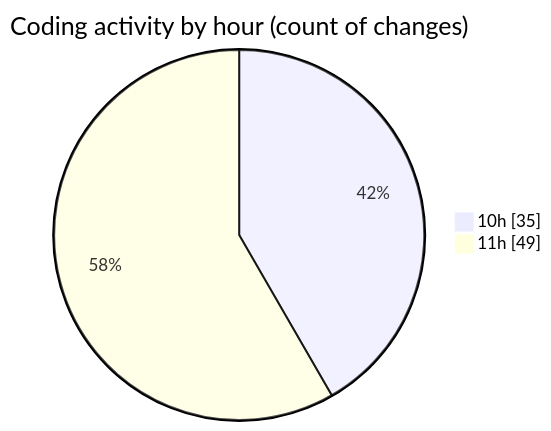
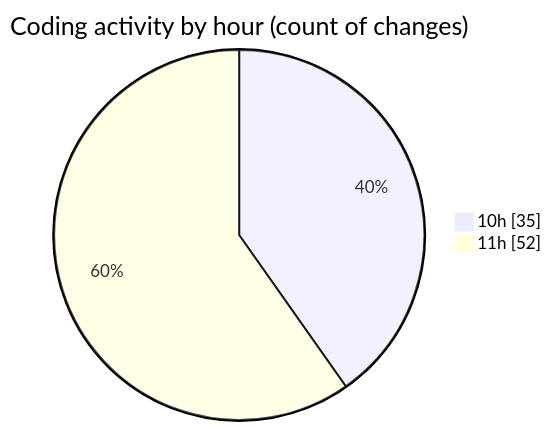
Before and after one commit to momahboobian/code-tracking: the second of 2 diagrams in 2025-03-28/cda/README.md, drawn with Mermaid. The commit also changed other lines of this file and 1 other file, not shown here.

````diff
--- a/2025-03-28/cda/README.md
+++ b/2025-03-28/cda/README.md
@@ -32,6 +32,6 @@
 ```mermaid
 pie showData
 title Coding activity by hour (count of changes)
 "10h" : 35
-"11h" : 49
+"11h" : 52
 ```
````
